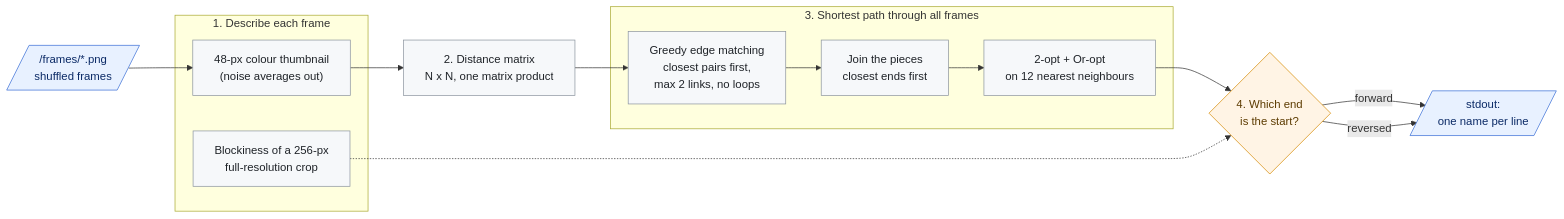
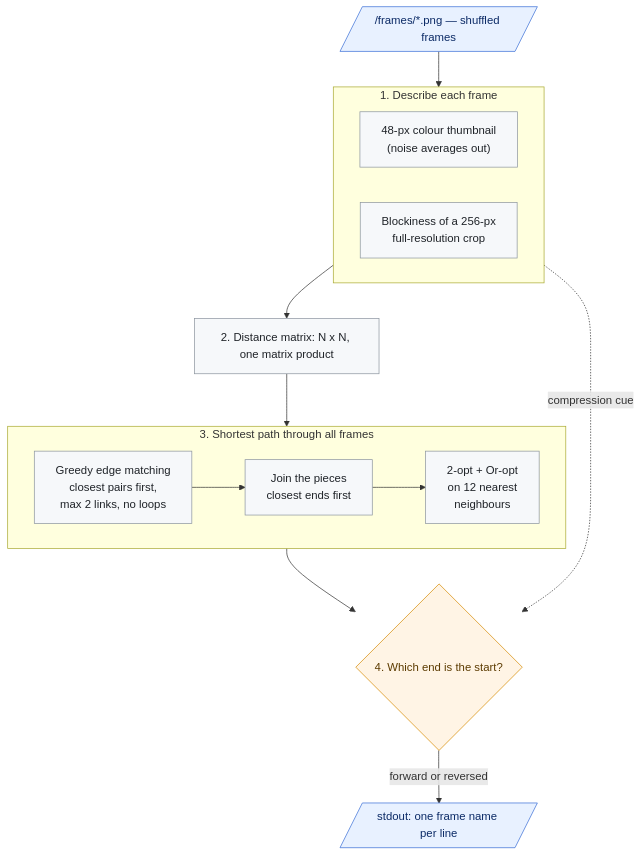
One commit to rahulsjha/frame-order-solution changed the first of 2 diagrams in README.md. Above: the diagram before and after it, drawn with Mermaid.

Commit message:
README: lay out the pipeline diagram top to bottom

````diff
--- a/README.md
+++ b/README.md
@@ -13,31 +13,33 @@
 ```mermaid
-flowchart LR
-    A[/"/frames/*.png<br/>shuffled frames"/] --> B
+flowchart TB
+    A[/"/frames/*.png — shuffled frames"/]
 
     subgraph S1["1. Describe each frame"]
+        direction LR
         B["48-px colour thumbnail<br/>(noise averages out)"]
         C["Blockiness of a 256-px<br/>full-resolution crop"]
     end
 
-    B --> D["2. Distance matrix<br/>N x N, one matrix product"]
+    D["2. Distance matrix: N x N, one matrix product"]
 
     subgraph S2["3. Shortest path through all frames"]
-        E["Greedy edge matching<br/>closest pairs first,<br/>max 2 links, no loops"]
-        F["Join the pieces<br/>closest ends first"]
-        G["2-opt + Or-opt<br/>on 12 nearest neighbours"]
-        E --> F --> G
+        direction LR
+        E["Greedy edge matching<br/>closest pairs first,<br/>max 2 links, no loops"] --> F["Join the pieces<br/>closest ends first"] --> G["2-opt + Or-opt<br/>on 12 nearest<br/>neighbours"]
     end
 
-    D --> E
-    G --> H{"4. Which end<br/>is the start?"}
-    C -.-> H
-    H -->|forward| I[/"stdout:<br/>one name per line"/]
-    H -->|reversed| I
+    H{"4. Which end is the start?"}
+    I[/"stdout: one frame name per line"/]
+
+    A --> S1
+    B --> D --> E
+    G --> H
+    C -. "compression cue" .-> H
+    H -- "forward or reversed" --> I
 
     classDef io fill:#e8f1ff,stroke:#3b6fd6,color:#0b2a66
     classDef step fill:#f6f8fa,stroke:#8c959f,color:#1f2328
     classDef weak fill:#fff4e5,stroke:#d68a00,color:#5c3b00
     class A,I io
     class B,C,D,E,F,G step
     class H weak
 ```
````
